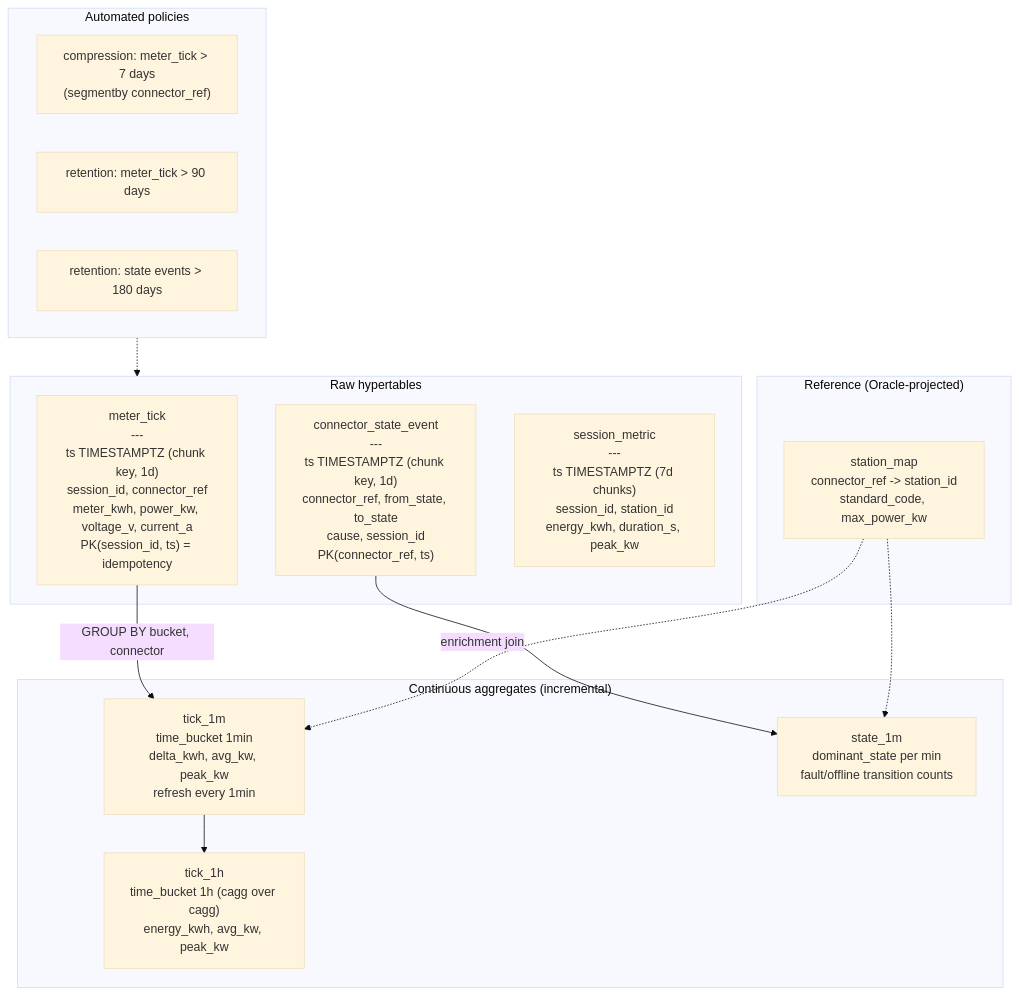
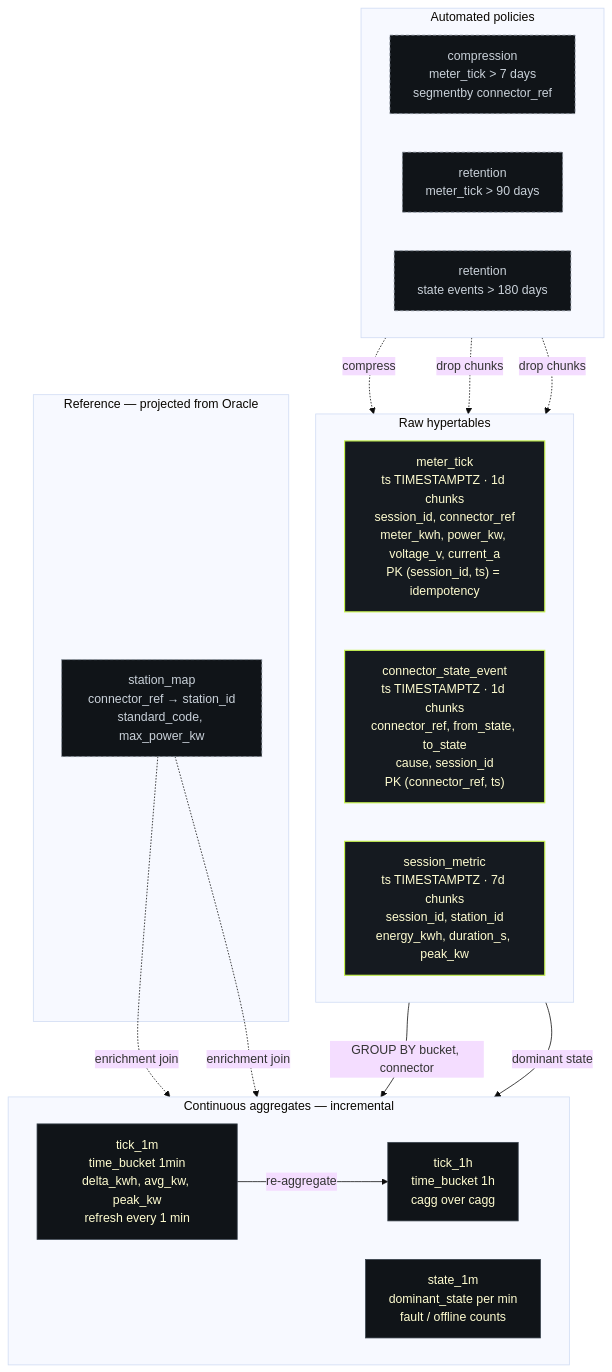
Before and after one commit to humoge7502/VoltHub-CSMS: the diagram in diagrams/da3-schema.mmd, drawn with Mermaid (base theme). The commit also changed 53 other files, not shown here.

```diff
--- a/diagrams/da3-schema.mmd
+++ b/diagrams/da3-schema.mmd
@@ -1,30 +1,43 @@
 %% VoltHub CSMS — DA3 TimescaleDB schema (Section 26)
+%% Render: bash scripts/render-diagrams.sh  ->  diagrams/out/da3-schema.{svg,png}
 flowchart TB
     subgraph Raw["Raw hypertables"]
-        MT["meter_tick<br/>---<br/>ts TIMESTAMPTZ (chunk key, 1d)<br/>session_id, connector_ref<br/>meter_kwh, power_kw, voltage_v, current_a<br/>PK(session_id, ts) = idempotency"]
-        CSE["connector_state_event<br/>---<br/>ts TIMESTAMPTZ (chunk key, 1d)<br/>connector_ref, from_state, to_state<br/>cause, session_id<br/>PK(connector_ref, ts)"]
-        SM["session_metric<br/>---<br/>ts TIMESTAMPTZ (7d chunks)<br/>session_id, station_id<br/>energy_kwh, duration_s, peak_kw"]
+        direction LR
+        MT["meter_tick<br/>ts TIMESTAMPTZ · 1d chunks<br/>session_id, connector_ref<br/>meter_kwh, power_kw, voltage_v, current_a<br/>PK (session_id, ts) = idempotency"]
+        CSE["connector_state_event<br/>ts TIMESTAMPTZ · 1d chunks<br/>connector_ref, from_state, to_state<br/>cause, session_id<br/>PK (connector_ref, ts)"]
+        SM["session_metric<br/>ts TIMESTAMPTZ · 7d chunks<br/>session_id, station_id<br/>energy_kwh, duration_s, peak_kw"]
     end
 
-    subgraph Caggs["Continuous aggregates (incremental)"]
-        C1["tick_1m<br/>time_bucket 1min<br/>delta_kwh, avg_kw, peak_kw<br/>refresh every 1min"]
-        C2["tick_1h<br/>time_bucket 1h (cagg over cagg)<br/>energy_kwh, avg_kw, peak_kw"]
-        C3["state_1m<br/>dominant_state per min<br/>fault/offline transition counts"]
+    subgraph Caggs["Continuous aggregates — incremental"]
+        direction LR
+        C1["tick_1m<br/>time_bucket 1min<br/>delta_kwh, avg_kw, peak_kw<br/>refresh every 1 min"]
+        C2["tick_1h<br/>time_bucket 1h<br/>cagg over cagg"]
+        C3["state_1m<br/>dominant_state per min<br/>fault / offline counts"]
     end
 
-    subgraph Meta["Reference (Oracle-projected)"]
-        MAP["station_map<br/>connector_ref -> station_id<br/>standard_code, max_power_kw"]
+    subgraph Meta["Reference — projected from Oracle"]
+        MAP["station_map<br/>connector_ref → station_id<br/>standard_code, max_power_kw"]
+    end
+
+    subgraph Policies["Automated policies"]
+        direction LR
+        P1["compression<br/>meter_tick > 7 days<br/>segmentby connector_ref"]
+        P2["retention<br/>meter_tick > 90 days"]
+        P3["retention<br/>state events > 180 days"]
     end
 
     MT -->|"GROUP BY bucket, connector"| C1
-    C1 --> C2
-    CSE --> C3
+    C1 -->|"re-aggregate"| C2
+    CSE -->|"dominant state"| C3
     MAP -.->|"enrichment join"| C1
-    MAP -.-> C3
+    MAP -.->|"enrichment join"| C3
+    P1 -.->|"compress"| MT
+    P2 -.->|"drop chunks"| MT
+    P3 -.->|"drop chunks"| CSE
 
-    subgraph Policies["Automated policies"]
-        P1["compression: meter_tick > 7 days<br/>(segmentby connector_ref)"]
-        P2["retention: meter_tick > 90 days"]
-        P3["retention: state events > 180 days"]
-    end
-    Policies -.-> Raw
+    classDef raw fill:#151a20,stroke:#c6f24e,stroke-width:1.5px,color:#fffdd0
+    classDef cagg fill:#101418,stroke:#3a444e,color:#fffdd0
+    classDef ref fill:#101418,stroke:#8a949f,stroke-dasharray:4 3,color:#c9d1d9
+    class MT,CSE,SM raw
+    class C1,C2,C3 cagg
+    class MAP,P1,P2,P3 ref
```
